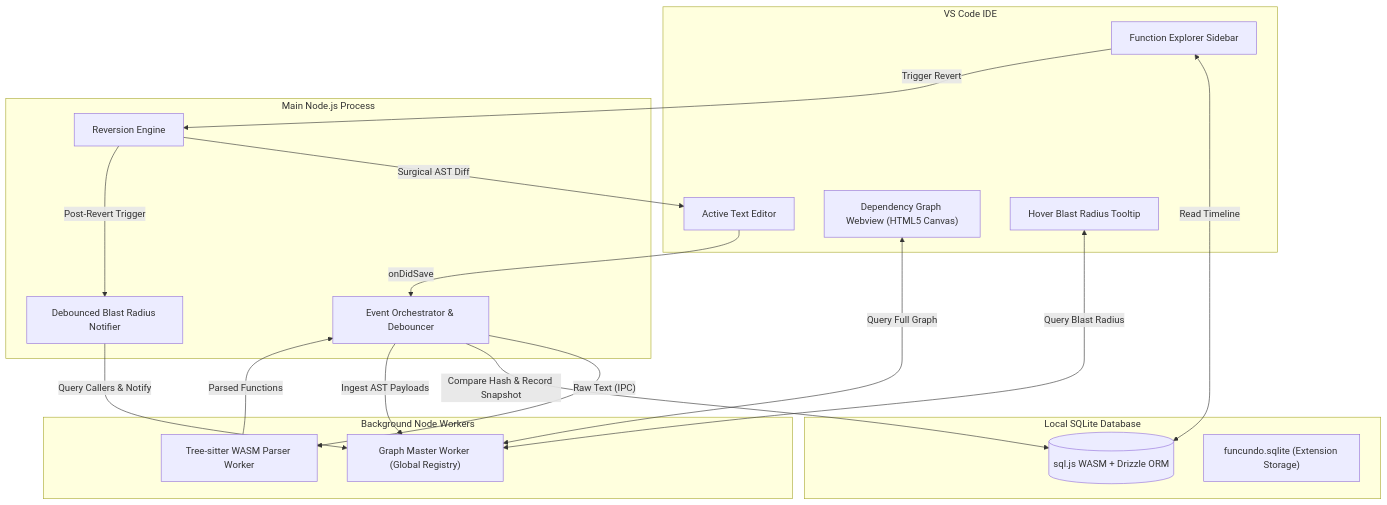
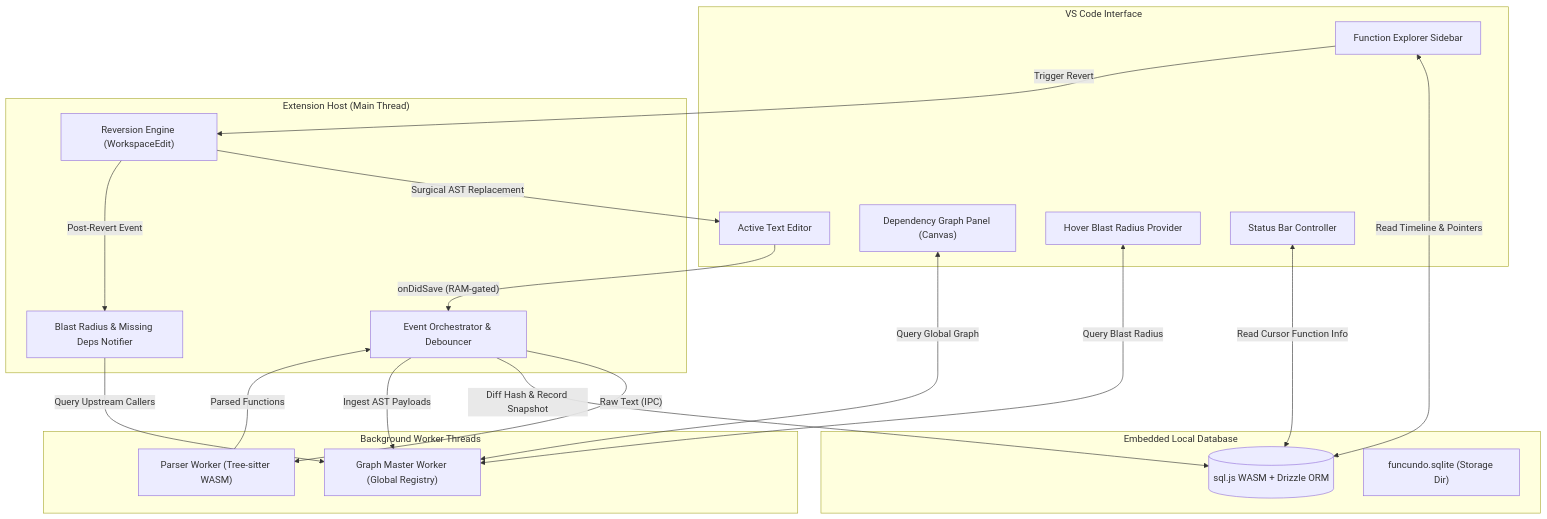
One commit to Mankirat684/FuncUndo-side changed the diagram in README.md. Above: the diagram before and after it, drawn with Mermaid. The commit also changed other lines of this file and 1 other file, not shown here.

````diff
--- a/README.md
+++ b/README.md
@@ -41,38 +63,40 @@
 ```mermaid
-graph TD
-    subgraph Client["VS Code IDE"]
+flowchart TD
+    subgraph Client["VS Code Interface"]
         Editor["Active Text Editor"]
         TreeView["Function Explorer Sidebar"]
-        GraphWebview["Dependency Graph Webview (HTML5 Canvas)"]
-        Hover["Hover Blast Radius Tooltip"]
+        GraphWebview["Dependency Graph Panel (Canvas)"]
+        Hover["Hover Blast Radius Provider"]
+        StatusBar["Status Bar Controller"]
     end
 
-    subgraph ExtensionHost["Main Node.js Process"]
+    subgraph Host["Extension Host (Main Thread)"]
         EventLoop["Event Orchestrator & Debouncer"]
-        WorkspaceEdit["Reversion Engine"]
-        Notifier["Debounced Blast Radius Notifier"]
+        Reversion["Reversion Engine (WorkspaceEdit)"]
+        Notifier["Blast Radius & Missing Deps Notifier"]
     end
 
-    subgraph Worker["Background Node Workers"]
-        Parser["Tree-sitter WASM Parser Worker"]
+    subgraph Workers["Background Worker Threads"]
+        Parser["Parser Worker (Tree-sitter WASM)"]
         GraphMaster["Graph Master Worker (Global Registry)"]
     end
 
-    subgraph Storage["Local SQLite Database"]
+    subgraph Storage["Embedded Local Database"]
         DB[("sql.js WASM + Drizzle ORM")]
-        VFile["funcundo.sqlite (Extension Storage)"]
+        FileStore["funcundo.sqlite (Storage Dir)"]
     end
 
-    Editor -- "onDidSave" --> EventLoop
+    Editor -- "onDidSave (RAM-gated)" --> EventLoop
     EventLoop -- "Raw Text (IPC)" --> Parser
     Parser -- "Parsed Functions" --> EventLoop
-    EventLoop -- "Compare Hash & Record Snapshot" --> DB
+    EventLoop -- "Diff Hash & Record Snapshot" --> DB
     EventLoop -- "Ingest AST Payloads" --> GraphMaster
-    TreeView <--> |Read Timeline| DB
-    GraphWebview <--> |Query Full Graph| GraphMaster
+    TreeView <--> |Read Timeline & Pointers| DB
+    GraphWebview <--> |Query Global Graph| GraphMaster
     Hover <--> |Query Blast Radius| GraphMaster
-    TreeView -- "Trigger Revert" --> WorkspaceEdit
-    WorkspaceEdit -- "Surgical AST Diff" --> Editor
-    WorkspaceEdit -- "Post-Revert Trigger" --> Notifier
-    Notifier -- "Query Callers & Notify" --> GraphMaster
+    StatusBar <--> |Read Cursor Function Info| DB
+    TreeView -- "Trigger Revert" --> Reversion
+    Reversion -- "Surgical AST Replacement" --> Editor
+    Reversion -- "Post-Revert Event" --> Notifier
+    Notifier -- "Query Upstream Callers" --> GraphMaster
 ```
````
